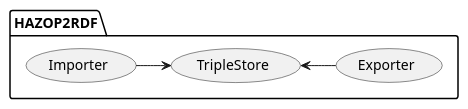
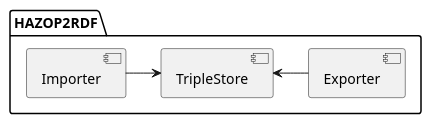
Before and after one commit to dmytkost/HAZOP2RDF: the second of 4 diagrams in docs/concept.md, drawn with PlantUML. The commit also changed other lines of this file and 6 other files, not shown here.

Commit message:
Docs: updated concept and implementation diagrams

````diff
--- a/docs/concept.md
+++ b/docs/concept.md
@@ -29,10 +30,6 @@
 ```plantuml
 package HAZOP2RDF {
-  usecase Importer
-  usecase TripleStore
-  usecase Exporter
+  [Importer] -> [TripleStore]
+  [TripleStore] <- [Exporter]
 }
-
-Importer -> TripleStore
-TripleStore <- Exporter
 ```
````
